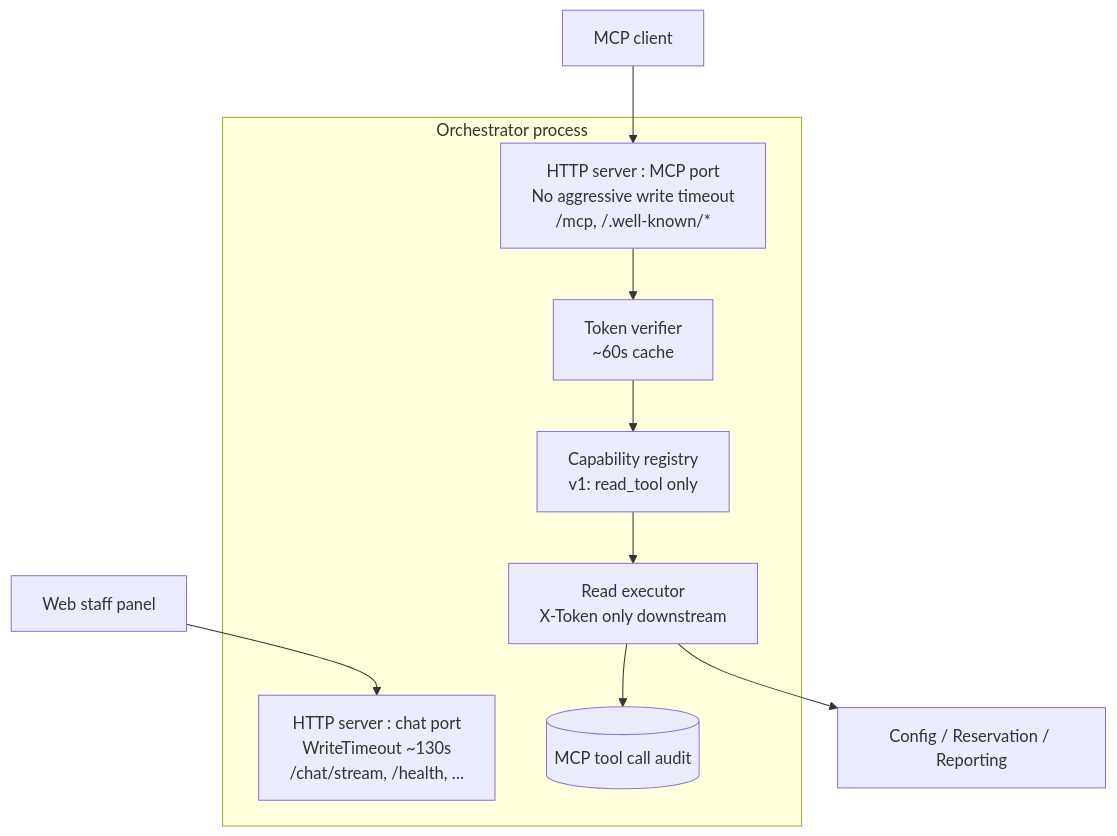
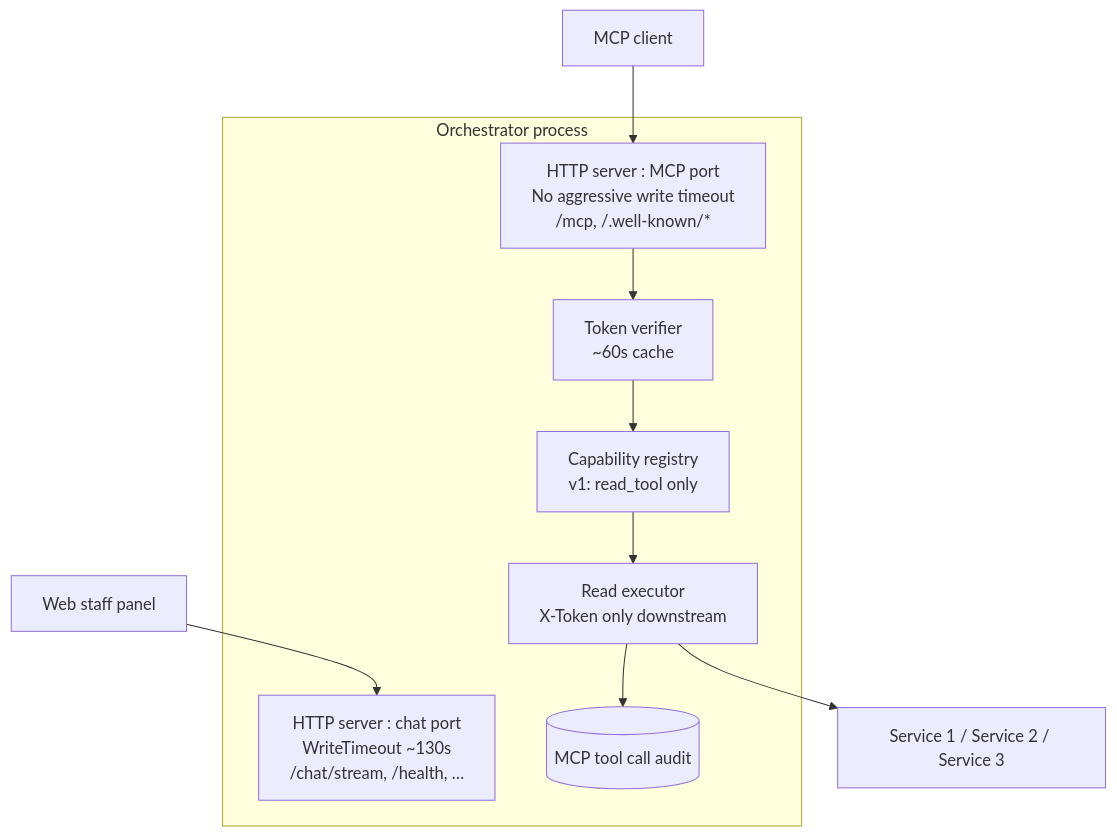
Before and after one commit to sahsisunny/Personal-Portfolio: the second of 10 diagrams in content/blog/hotel-pms-mcp-tool-server.mdx, drawn with Mermaid. The commit also changed other lines of this file and 5 other files, not shown here.

Commit message:
refactor(content): anonymize internal service names to Service 1/2/3 and fix sequence diagram syntax

````diff
--- a/content/blog/hotel-pms-mcp-tool-server.mdx
+++ b/content/blog/hotel-pms-mcp-tool-server.mdx
@@ -68,17 +68,17 @@
 ```mermaid
 flowchart TB
   subgraph Process["Orchestrator process"]
     S1["HTTP server : chat port<br/>WriteTimeout ~130s<br/>/chat/stream, /health, …"]
     S2["HTTP server : MCP port<br/>No aggressive write timeout<br/>/mcp, /.well-known/*"]
     V["Token verifier<br/>~60s cache"]
     REG["Capability registry<br/>v1: read_tool only"]
     EXEC["Read executor<br/>X-Token only downstream"]
     AUD[("MCP tool call audit")]
   end
 
   Client["MCP client"] --> S2
   Browser["Web staff panel"] --> S1
   S2 --> V
   V --> REG --> EXEC --> AUD
-  EXEC --> APIs["Config / Reservation / Reporting"]
+  EXEC --> APIs["Service 1 / Service 2 / Service 3"]
 ```
````
